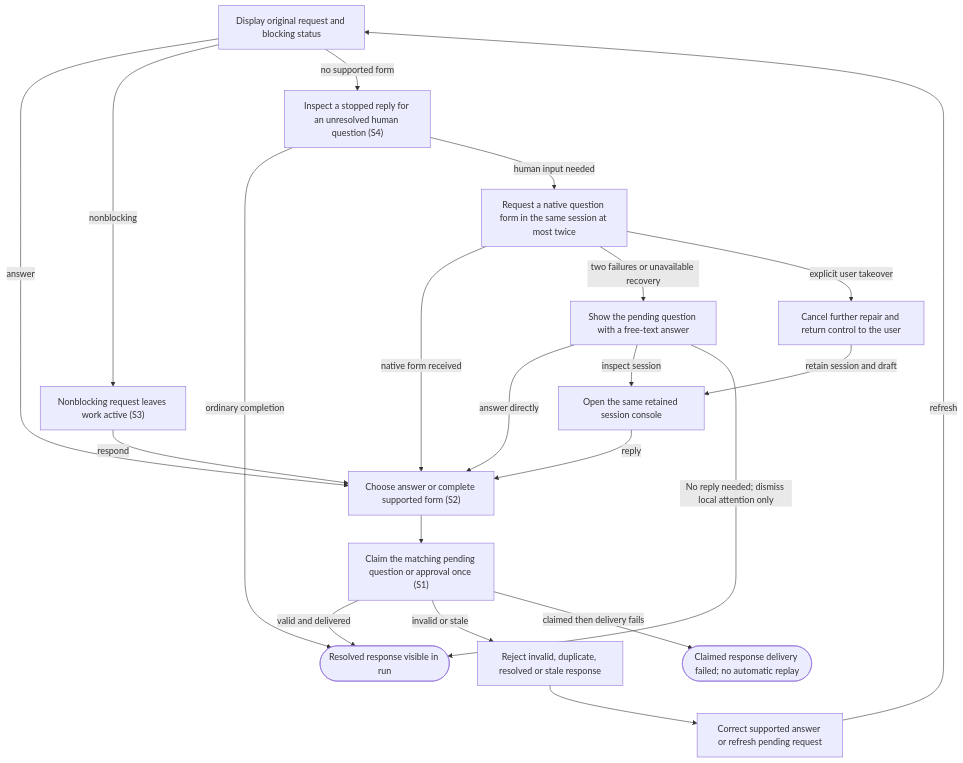
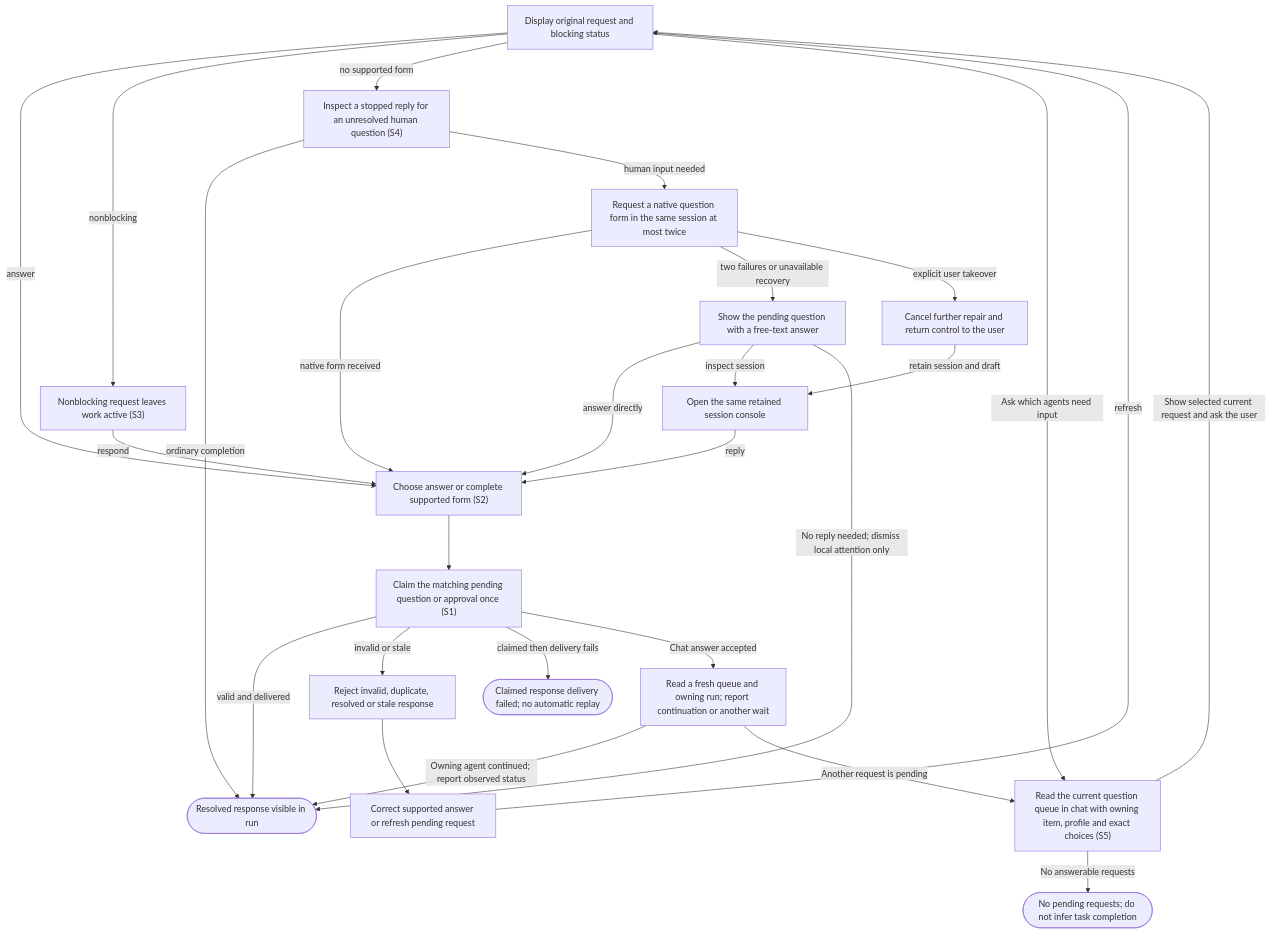
The diagram in docs/user-flows/answer-attention.md (dk-code-factory/code-factory-plugin), drawn with Mermaid before and after one commit. The commit also changed other lines of this file and 30 other files, not shown here.

First line of the commit message:
Expose pending agent questions to ChatGPT

````diff
--- a/docs/user-flows/answer-attention.md
+++ b/docs/user-flows/answer-attention.md
@@ -47,36 +57,45 @@
 ```mermaid
 flowchart TD
     N0["Display original request and blocking status"]
     N1["Choose answer or complete supported form #40;S2#41;"]
     N2["Claim the matching pending question or approval once #40;S1#41;"]
     N3(["Resolved response visible in run"])
     N4["Reject invalid, duplicate, resolved or stale response"]
     N5["Correct supported answer or refresh pending request"]
     N6(["Claimed response delivery failed#59; no automatic replay"])
     N7["Nonblocking request leaves work active #40;S3#41;"]
     N8["Inspect a stopped reply for an unresolved human question #40;S4#41;"]
     N9["Request a native question form in the same session at most twice"]
     N10["Show the pending question with a free-text answer"]
     N11["Open the same retained session console"]
     N12["Cancel further repair and return control to the user"]
+    N13["Read the current question queue in chat with owning item, profile and exact choices #40;S5#41;"]
+    N14(["No pending requests#59; do not infer task completion"])
+    N15["Read a fresh queue and owning run#59; report continuation or another wait"]
     N0 -->|"answer"| N1
     N0 -->|"nonblocking"| N7
     N7 -->|"respond"| N1
     N1 --> N2
     N2 -->|"valid and delivered"| N3
     N2 -->|"invalid or stale"| N4
     N4 --> N5
     N5 -->|"refresh"| N0
     N2 -->|"claimed then delivery fails"| N6
     N0 -->|"no supported form"| N8
     N8 -->|"ordinary completion"| N3
     N8 -->|"human input needed"| N9
     N9 -->|"native form received"| N1
     N9 -->|"two failures or unavailable recovery"| N10
     N10 -->|"answer directly"| N1
     N10 -->|"inspect session"| N11
     N11 -->|"reply"| N1
     N9 -->|"explicit user takeover"| N12
     N12 -->|"retain session and draft"| N11
     N10 -->|"No reply needed#59; dismiss local attention only"| N3
+    N0 -->|"Ask which agents need input"| N13
+    N13 -->|"Show selected current request and ask the user"| N0
+    N13 -->|"No answerable requests"| N14
+    N2 -->|"Chat answer accepted"| N15
+    N15 -->|"Owning agent continued#59; report observed status"| N3
+    N15 -->|"Another request is pending"| N13
 ```
````
